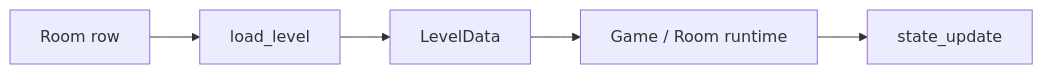
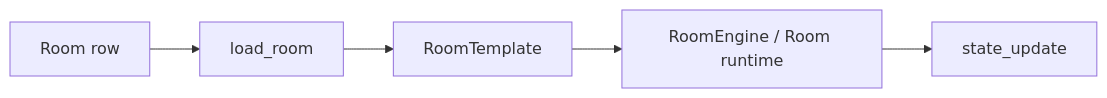
The second of 2 diagrams in docs/WORLD_EXPLORATION_PLAN.md (GoldenWind8/roguelike-mvp), drawn with Mermaid before and after one commit. The commit also changed other lines of this file and 29 other files, not shown here.

````diff
--- a/docs/WORLD_EXPLORATION_PLAN.md
+++ b/docs/WORLD_EXPLORATION_PLAN.md
@@ -85,7 +88,7 @@
 ```mermaid
 flowchart LR
-    A["Room row"] --> B["load_level"]
-    B --> C["LevelData"]
-    C --> D["Game / Room runtime"]
+    A["Room row"] --> B["load_room"]
+    B --> C["RoomTemplate"]
+    C --> D["RoomEngine / Room runtime"]
     D --> E["state_update"]
 ```
````
